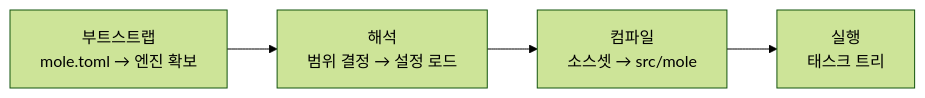
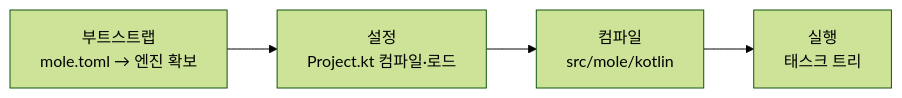
Before and after one commit to JustBurrow/JustBurrow.github.io: the second of 2 diagrams in _posts/2026-09-21-mole-quick-start.md, drawn with Mermaid (forest theme). The commit also changed other lines of this file, not shown here.

First line of the commit message:
🔥 빌드 시스템 부분을 덜어내고 태스크 자동화 런타임만 남겨 재작성.

````diff
--- a/_posts/2026-09-21-mole-quick-start.md
+++ b/_posts/2026-09-21-mole-quick-start.md
@@ -63,4 +57,4 @@
 ```mermaid
 flowchart LR
-    boot["부트스트랩<br/>mole.toml → 엔진 확보"] --> resolve["해석<br/>범위 결정 → 설정 로드"] --> compile["컴파일<br/>소스셋 → src/mole"] --> run["실행<br/>태스크 트리"]
+    boot["부트스트랩<br/>mole.toml → 엔진 확보"] --> conf["설정<br/>Project.kt 컴파일·로드"] --> compile["컴파일<br/>src/mole/kotlin"] --> run["실행<br/>태스크 트리"]
 ```
````
